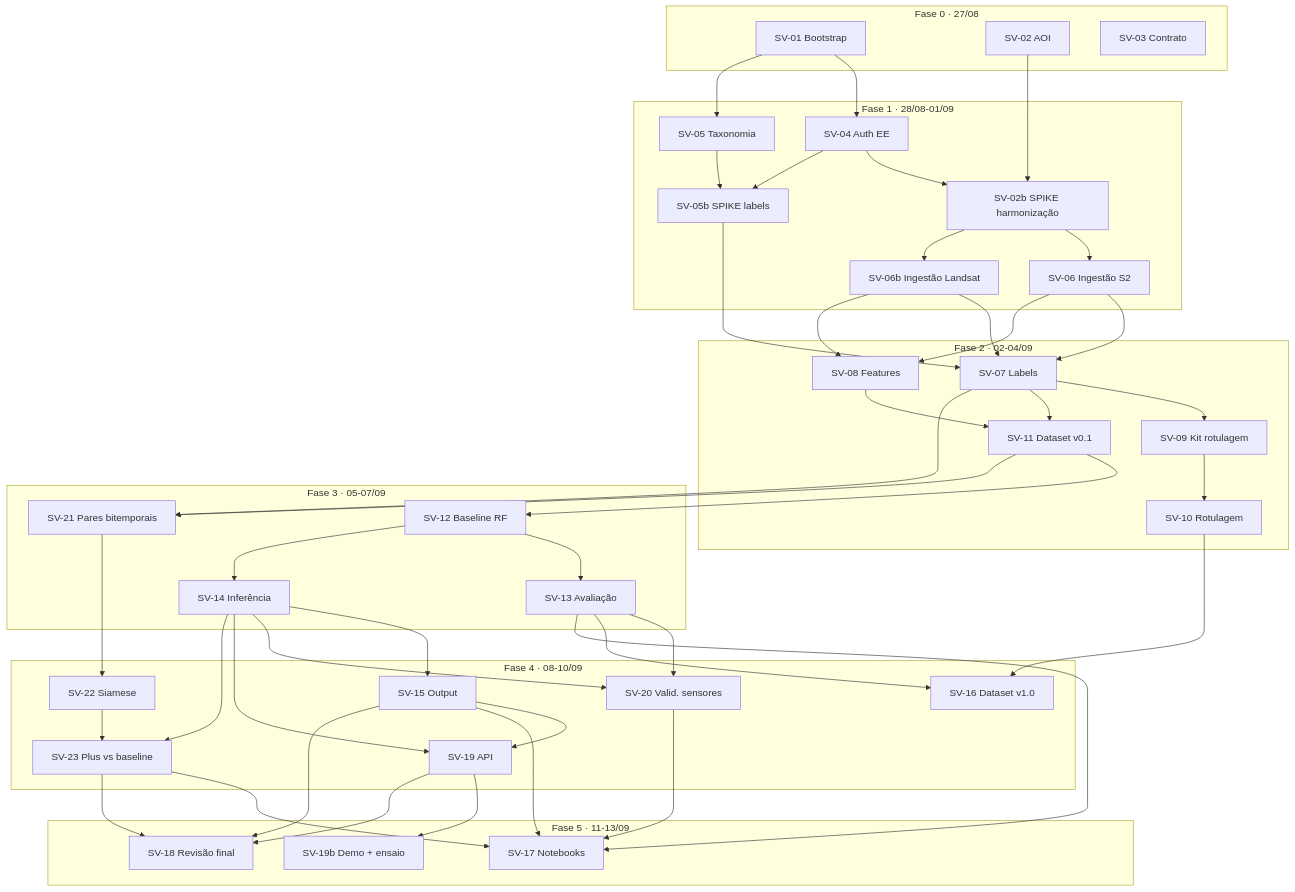
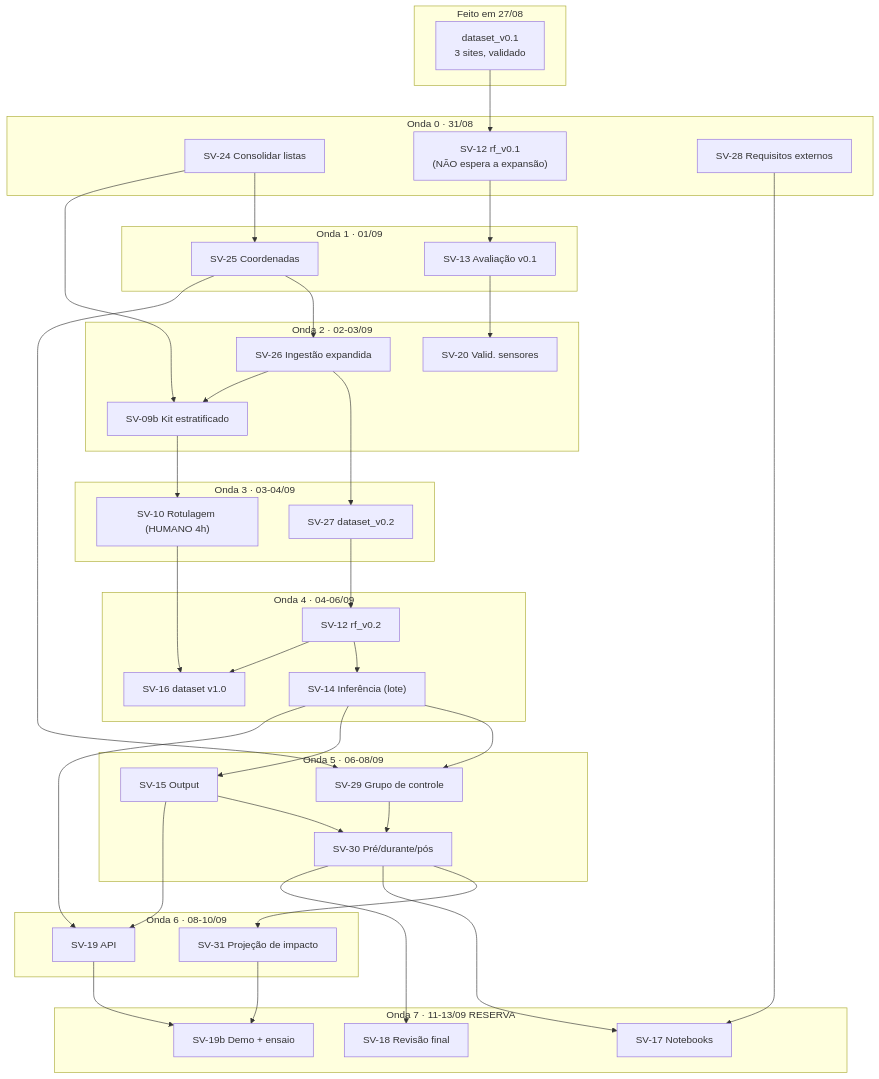
Before and after one commit to Sentinela-Verde/modelo-imagens-satelite: the diagram in docs/plano-execucao.md, drawn with Mermaid. The commit also changed other lines of this file and 17 other files, not shown here.

````diff
--- a/docs/plano-execucao.md
+++ b/docs/plano-execucao.md
@@ -276,83 +333,70 @@
 ```mermaid
 graph TD
-    subgraph F0["Fase 0 · 27/08"]
-        SV01["SV-01 Bootstrap"]
-        SV02["SV-02 AOI"]
-        SV03["SV-03 Contrato"]
+    subgraph pronto["Feito em 27/08"]
+        D01["dataset_v0.1<br/>3 sites, validado"]
     end
-    subgraph F1["Fase 1 · 28/08-01/09"]
-        SV04["SV-04 Auth EE"]
-        SV05["SV-05 Taxonomia"]
-        SV02b["SV-02b SPIKE harmonização"]
-        SV05b["SV-05b SPIKE labels"]
-        SV06["SV-06 Ingestão S2"]
-        SV06b["SV-06b Ingestão Landsat"]
+    subgraph O0["Onda 0 · 31/08"]
+        SV24["SV-24 Consolidar listas"]
+        SV12a["SV-12 rf_v0.1<br/>(NÃO espera a expansão)"]
+        SV28["SV-28 Requisitos externos"]
     end
-    subgraph F2["Fase 2 · 02-04/09"]
-        SV07["SV-07 Labels"]
-        SV08["SV-08 Features"]
-        SV09["SV-09 Kit rotulagem"]
-        SV10["SV-10 Rotulagem"]
-        SV11["SV-11 Dataset v0.1"]
+    subgraph O1["Onda 1 · 01/09"]
+        SV25["SV-25 Coordenadas"]
+        SV13a["SV-13 Avaliação v0.1"]
     end
-    subgraph F3["Fase 3 · 05-07/09"]
-        SV12["SV-12 Baseline RF"]
-        SV13["SV-13 Avaliação"]
-        SV14["SV-14 Inferência"]
-        SV21["SV-21 Pares bitemporais"]
+    subgraph O2["Onda 2 · 02-03/09"]
+        SV26["SV-26 Ingestão expandida"]
+        SV09b["SV-09b Kit estratificado"]
+        SV20["SV-20 Valid. sensores"]
     end
-    subgraph F4["Fase 4 · 08-10/09"]
+    subgraph O3["Onda 3 · 03-04/09"]
+        SV10["SV-10 Rotulagem (HUMANO 4h)"]
+        SV27["SV-27 dataset_v0.2"]
+    end
+    subgraph O4["Onda 4 · 04-06/09"]
+        SV12b["SV-12 rf_v0.2"]
+        SV16["SV-16 dataset v1.0"]
+        SV14["SV-14 Inferência (lote)"]
+    end
+    subgraph O5["Onda 5 · 06-08/09"]
+        SV29["SV-29 Grupo de controle"]
         SV15["SV-15 Output"]
-        SV20["SV-20 Valid. sensores"]
-        SV16["SV-16 Dataset v1.0"]
+        SV30["SV-30 Pré/durante/pós"]
+    end
+    subgraph O6["Onda 6 · 08-10/09"]
         SV19["SV-19 API"]
-        SV22["SV-22 Siamese"]
-        SV23["SV-23 Plus vs baseline"]
+        SV31["SV-31 Projeção de impacto"]
     end
-    subgraph F5["Fase 5 · 11-13/09"]
+    subgraph O7["Onda 7 · 11-13/09 RESERVA"]
         SV17["SV-17 Notebooks"]
         SV19b["SV-19b Demo + ensaio"]
         SV18["SV-18 Revisão final"]
     end
 
-    SV01 --> SV04
-    SV01 --> SV05
-    SV02 --> SV02b
-    SV04 --> SV02b
-    SV04 --> SV05b
-    SV05 --> SV05b
-    SV02b --> SV06
-    SV02b --> SV06b
-    SV05b --> SV07
-    SV06 --> SV07
-    SV06b --> SV07
-    SV06 --> SV08
-    SV06b --> SV08
-    SV07 --> SV09
-    SV07 --> SV11
-    SV08 --> SV11
-    SV09 --> SV10
-    SV11 --> SV12
-    SV11 --> SV21
-    SV07 --> SV21
-    SV12 --> SV13
-    SV12 --> SV14
+    D01 --> SV12a
+    SV12a --> SV13a
+    SV24 --> SV25
+    SV24 --> SV09b
+    SV25 --> SV26
+    SV26 --> SV27
+    SV26 --> SV09b
+    SV09b --> SV10
+    SV27 --> SV12b
+    SV10 --> SV16
+    SV12b --> SV14
+    SV12b --> SV16
+    SV25 --> SV29
+    SV14 --> SV29
     SV14 --> SV15
-    SV13 --> SV20
-    SV14 --> SV20
-    SV10 --> SV16
-    SV13 --> SV16
+    SV29 --> SV30
+    SV15 --> SV30
+    SV30 --> SV31
     SV14 --> SV19
     SV15 --> SV19
-    SV21 --> SV22
-    SV22 --> SV23
-    SV14 --> SV23
-    SV13 --> SV17
-    SV15 --> SV17
-    SV20 --> SV17
-    SV23 --> SV17
+    SV13a --> SV20
+    SV30 --> SV17
+    SV31 --> SV19b
+    SV28 --> SV17
     SV19 --> SV19b
-    SV15 --> SV18
-    SV19 --> SV18
-    SV23 --> SV18
+    SV30 --> SV18
 ```
````
